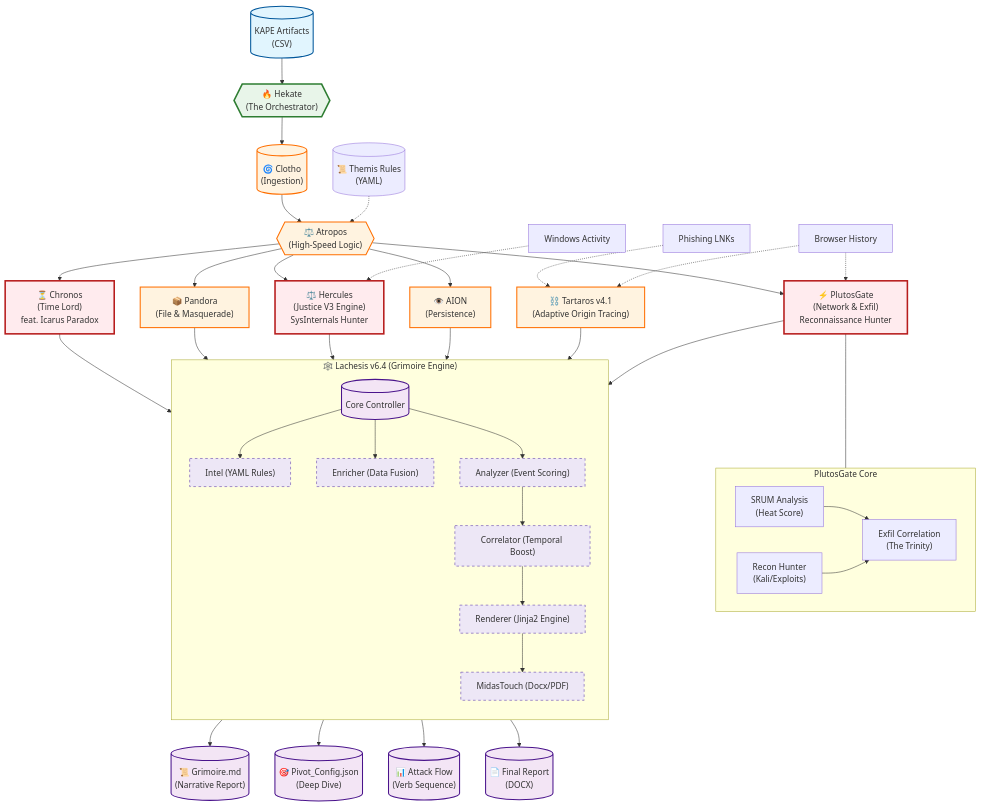
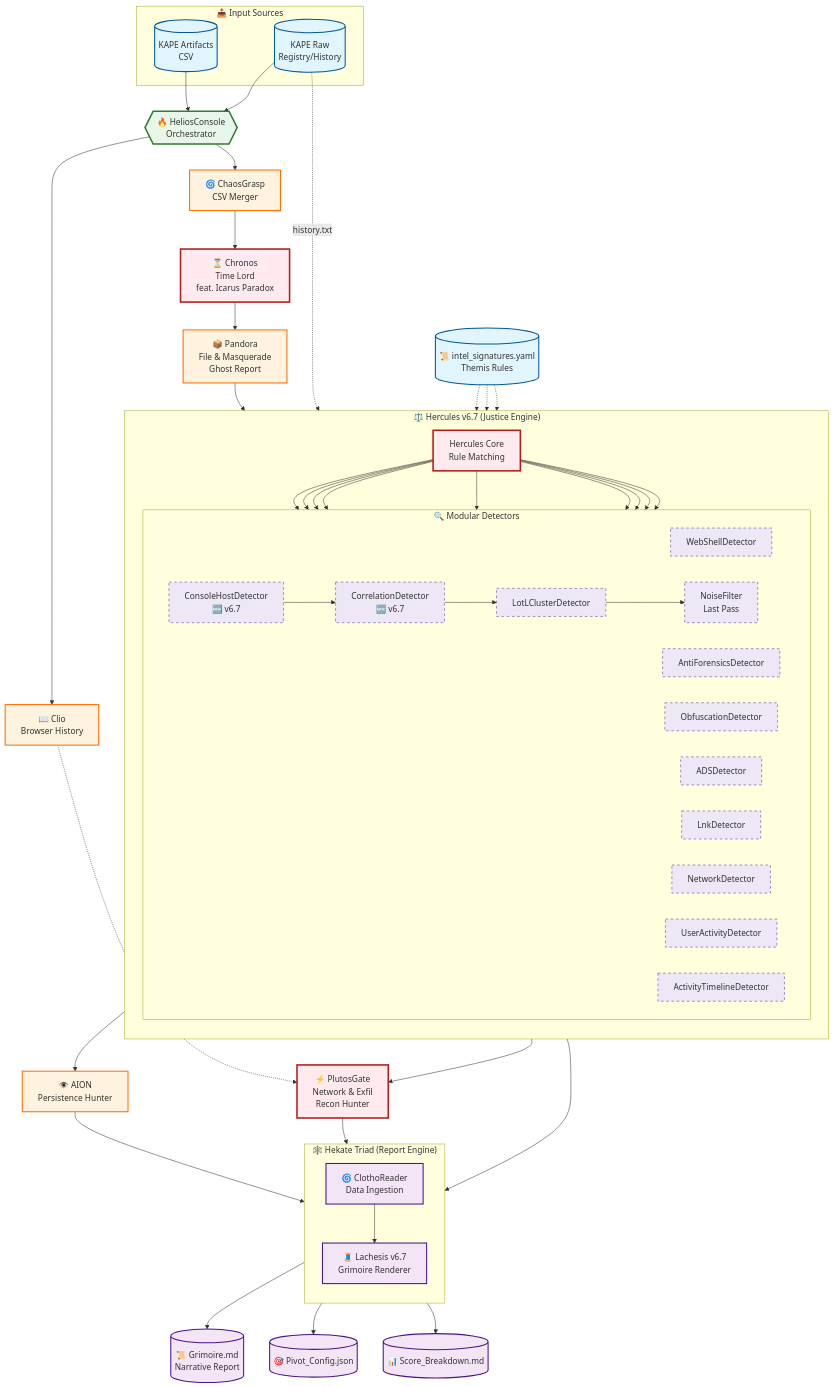
One commit to schutzz/SkiaHelios changed the diagram in README.md. Above: the diagram before and after it, drawn with Mermaid. The commit also changed other lines of this file and 23 other files, not shown here.

Commit message:
Fix: Resolve Hosts modification detection and unify Score/Criticality data model in Hekate/Lachesis

````diff
--- a/README.md
+++ b/README.md
@@ -29,71 +29,91 @@
     classDef engine fill:#fff3e0,stroke:#ff6f00,stroke-width:2px;
     classDef judge fill:#ffebee,stroke:#b71c1c,stroke-width:3px;
     classDef report fill:#f3e5f5,stroke:#4a148c,stroke-width:2px;
-    classDef submod fill:#ede7f6,stroke:#512da8,stroke-width:1px,stroke-dasharray: 5 5;
+    classDef detector fill:#ede7f6,stroke:#512da8,stroke-width:1px,stroke-dasharray: 5 5;
     classDef recon fill:#e0f2f1,stroke:#00695c,stroke-width:2px,stroke-dasharray: 2 2;
 
     %% Input Stage
-    Input[("KAPE Artifacts\n(CSV)")]:::input --> Hekate{{"🔥 Hekate\n(The Orchestrator)"}}:::core
+    subgraph Input_Sources ["📥 Input Sources"]
+        CSV[(KAPE Artifacts<br>CSV)]:::input
+        RAW[(KAPE Raw<br>Registry/History)]:::input
+    end
     
-    %% Ingestion & Analysis
-    Hekate --> Clotho[("🌀 Clotho\n(Ingestion)")]:::engine
-    Clotho --> Atropos{{"⚖️ Atropos\n(High-Speed Logic)"}}:::engine
-    Rules[("📜 Themis Rules\n(YAML)")] -.-> Atropos
+    CSV --> Console{{🔥 HeliosConsole<br>Orchestrator}}:::core
+    RAW --> Console
+
+    %% Pipeline Stage 1: Ingestion
+    Console --> Chaos[🌀 ChaosGrasp<br>CSV Merger]:::engine
+    Console --> Clio[📖 Clio<br>Browser History]:::engine
     
-    %% Specialized Modules
-    Atropos --> Chronos["⏳ Chronos\n(Time Lord)\nfeat. Icarus Paradox"]:::judge
-    Atropos --> Pandora["📦 Pandora\n(File & Masquerade)"]:::engine
-    Atropos --> Hercules["⚖️ Hercules\n(Justice V3 Engine)\nSysInternals Hunter"]:::judge
-    Atropos --> Aion["👁️ AION\n(Persistence)"]:::engine
-    Atropos --> Plutos["⚡ PlutosGate\n(Network & Exfil)\nReconnaissance Hunter"]:::judge
+    %% Pipeline Stage 2: Time Analysis
+    Chaos --> Chronos[⏳ Chronos<br>Time Lord<br>feat. Icarus Paradox]:::judge
     
-    %% Recon & Origin Tracing
-    LNKs["Phishing LNKs"] -.-> Tartaros["⛓️ Tartaros v4.1\n(Adaptive Origin Tracing)"]:::engine
-    History["Browser History"] -.-> Tartaros
-    History -.-> Plutos
-    Timeline["Windows Activity"] -.-> Hercules
+    %% Pipeline Stage 3: File Analysis
+    Chronos --> Pandora[📦 Pandora<br>File & Masquerade<br>Ghost Report]:::engine
     
-    %% Plutos Sub-Flow
-    subgraph Plutos_Engine ["PlutosGate Core"]
-        direction LR
-        P_SRUM["SRUM Analysis\n(Heat Score)"]
-        P_Recon["Recon Hunter\n(Kali/Exploits)"]
-        P_Exfil["Exfil Correlation\n(The Trinity)"]
+    %% Pipeline Stage 4: Hercules Judgment
+    subgraph Hercules_Engine ["⚖️ Hercules v6.7 (Justice Engine)"]
+        direction TB
+        H_Core[Hercules Core<br>Rule Matching]:::judge
         
-        P_SRUM --> P_Exfil
-        P_Recon --> P_Exfil
+        subgraph Detectors ["🔍 Modular Detectors"]
+            direction LR
+            D_WebShell[WebShellDetector]:::detector
+            D_AntiFo[AntiForensicsDetector]:::detector
+            D_Obfusc[ObfuscationDetector]:::detector
+            D_ADS[ADSDetector]:::detector
+            D_LNK[LnkDetector]:::detector
+            D_Network[NetworkDetector]:::detector
+            D_User[UserActivityDetector]:::detector
+            D_Timeline[ActivityTimelineDetector]:::detector
+            D_Console[ConsoleHostDetector<br>🆕 v6.7]:::detector
+            D_Correl[CorrelationDetector<br>🆕 v6.7]:::detector
+            D_LotL[LotLClusterDetector]:::detector
+            D_Noise[NoiseFilter<br>Last Pass]:::detector
+        end
+        
+        H_Core --> D_WebShell
+        H_Core --> D_AntiFo
+        H_Core --> D_Obfusc
+        H_Core --> D_ADS
+        H_Core --> D_LNK
+        H_Core --> D_Network
+        H_Core --> D_User
+        H_Core --> D_Timeline
+        H_Core --> D_Console
+        D_Console --> D_Correl
+        D_Correl --> D_LotL
+        D_LotL --> D_Noise
     end
-    Plutos --- Plutos_Engine
-
-    %% Reporting Stage (Modular Lachesis)
-    subgraph Lachesis_Module ["🕸️ Lachesis v6.4 (Grimoire Engine)"]
+    
+    Pandora --> H_Core
+    RAW -.->|history.txt| D_Console
+    
+    %% Pipeline Stage 5: Persistence & Network
+    H_Core --> Aion[👁️ AION<br>Persistence Hunter]:::engine
+    H_Core --> Plutos[⚡ PlutosGate<br>Network & Exfil<br>Recon Hunter]:::judge
+    Clio -.-> Plutos
+    
+    %% Pipeline Stage 6: Report Generation
+    subgraph Hekate_Report ["🕸️ Hekate Triad (Report Engine)"]
         direction TB
-        L_Core[("Core Controller")]:::report
-        L_Intel["Intel (YAML Rules)"]:::submod
-        L_Enrich["Enricher (Data Fusion)"]:::submod
-        L_Analyzer["Analyzer (Event Scoring)"]:::submod
-        L_Correlator["Correlator (Temporal Boost)"]:::submod
-        L_Render["Renderer (Jinja2 Engine)"]:::submod
-        L_Midas["MidasTouch (Docx/PDF)"]:::submod
+        Clotho[🌀 ClothoReader<br>Data Ingestion]:::report
+        Lachesis[🧵 Lachesis v6.7<br>Grimoire Renderer]:::report
         
-        L_Core --> L_Intel
-        L_Core --> L_Enrich
-        L_Core --> L_Analyzer
-        L_Analyzer --> L_Correlator
-        L_Correlator --> L_Render
-        L_Render --> L_Midas
+        Clotho --> Lachesis
     end
-
-    Chronos --> L_Core
-    Pandora --> L_Core
-    Hercules --> L_Core
-    Aion --> L_Core
-    Tartaros --> L_Core
-    Plutos --> L_Core
+    
+    D_Noise --> Clotho
+    Aion --> Clotho
+    Plutos --> Clotho
     
     %% Output
-    L_Render --> Report[("📜 Grimoire.md\n(Narrative Report)")]:::report
-    L_Render --> Pivot[("🎯 Pivot_Config.json\n(Deep Dive)")]:::report
-    L_Render --> Mermaid[("📊 Attack Flow\n(Verb Sequence)")]:::report
-    L_Midas --> Docx[("📄 Final Report\n(DOCX)")]:::report
+    Lachesis --> Report[(📜 Grimoire.md<br>Narrative Report)]:::report
+    Lachesis --> Pivot[(🎯 Pivot_Config.json)]:::report
+    Lachesis --> Score[(📊 Score_Breakdown.md)]:::report
+
+    %% Config
+    Rules[(📜 intel_signatures.yaml<br>Themis Rules)]:::input -.-> H_Core
+    Rules -.-> D_Noise
+    Rules -.-> D_Console
 ```
````
